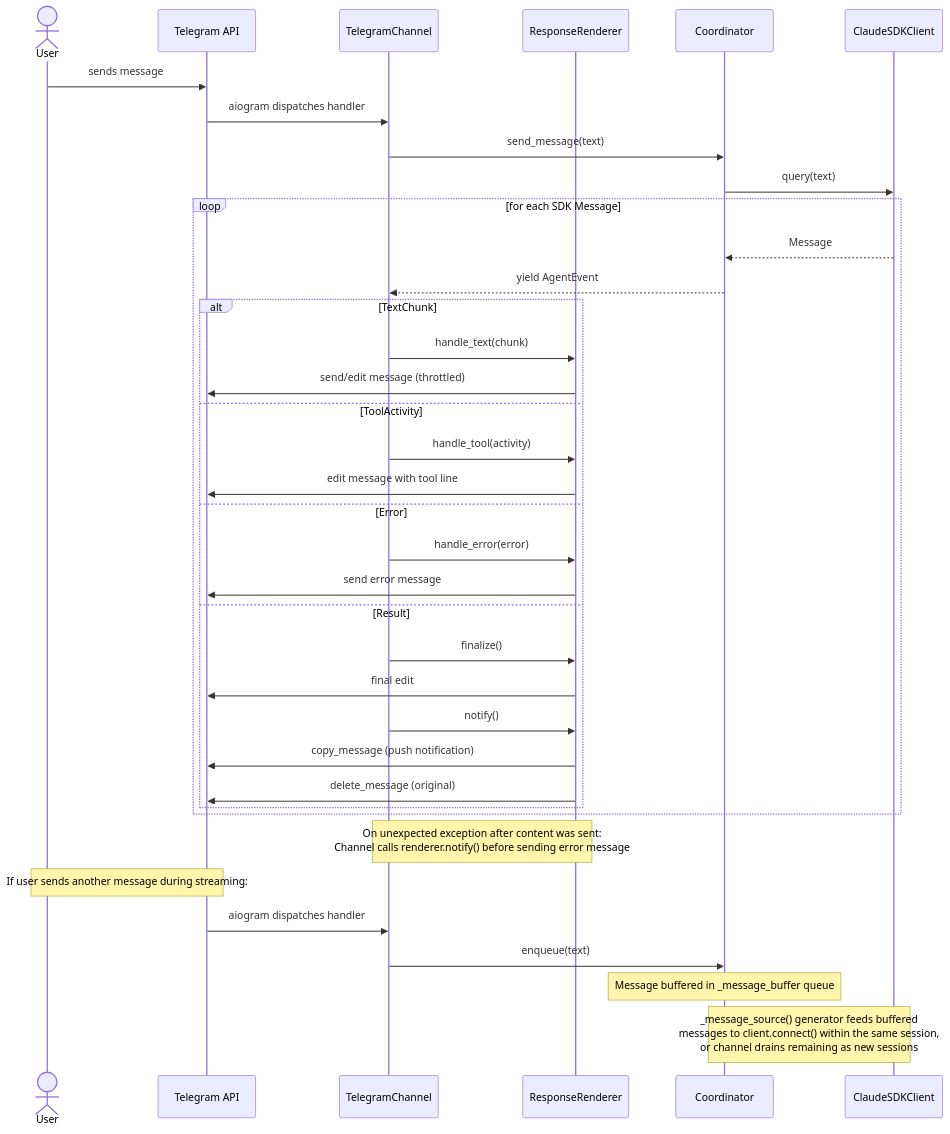
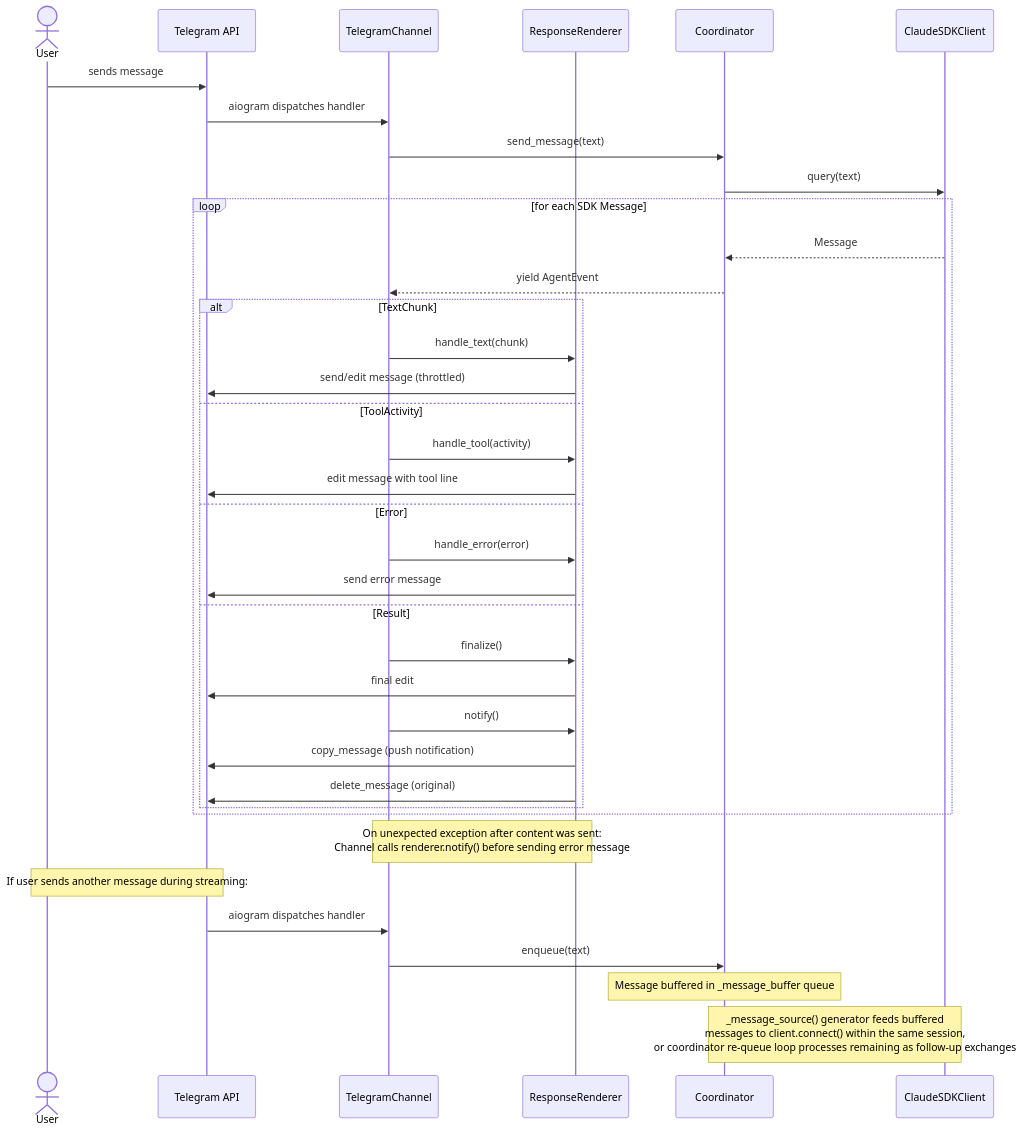
Before and after one commit to asermax/tachikoma: the first of 2 diagrams in docs/feature-designs/channels/telegram.md, drawn with Mermaid. The commit also changed other lines of this file and 6 other files, not shown here.

````diff
--- a/docs/feature-designs/channels/telegram.md
+++ b/docs/feature-designs/channels/telegram.md
@@ -108,44 +108,44 @@
 ```mermaid
 sequenceDiagram
     actor User
     participant TG as Telegram API
     participant Channel as TelegramChannel
     participant Renderer as ResponseRenderer
     participant Coord as Coordinator
     participant SDK as ClaudeSDKClient
 
     User->>TG: sends message
     TG->>Channel: aiogram dispatches handler
     Channel->>Coord: send_message(text)
     Coord->>SDK: query(text)
 
     loop for each SDK Message
         SDK-->>Coord: Message
         Coord-->>Channel: yield AgentEvent
 
         alt TextChunk
             Channel->>Renderer: handle_text(chunk)
             Renderer->>TG: send/edit message (throttled)
         else ToolActivity
             Channel->>Renderer: handle_tool(activity)
             Renderer->>TG: edit message with tool line
         else Error
             Channel->>Renderer: handle_error(error)
             Renderer->>TG: send error message
         else Result
             Channel->>Renderer: finalize()
             Renderer->>TG: final edit
             Channel->>Renderer: notify()
             Renderer->>TG: copy_message (push notification)
             Renderer->>TG: delete_message (original)
         end
     end
 
     Note over Channel,Renderer: On unexpected exception after content was sent:<br/>Channel calls renderer.notify() before sending error message
 
     Note over User,TG: If user sends another message during streaming:
     TG->>Channel: aiogram dispatches handler
     Channel->>Coord: enqueue(text)
     Note over Coord: Message buffered in _message_buffer queue
-    Note over Coord,SDK: _message_source() generator feeds buffered<br/>messages to client.connect() within the same session,<br/>or channel drains remaining as new sessions
+    Note over Coord,SDK: _message_source() generator feeds buffered<br/>messages to client.connect() within the same session,<br/>or coordinator re-queue loop processes remaining as follow-up exchanges
 ```
````
